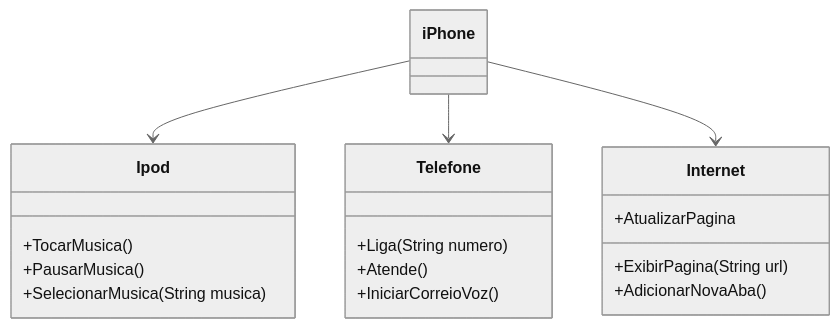
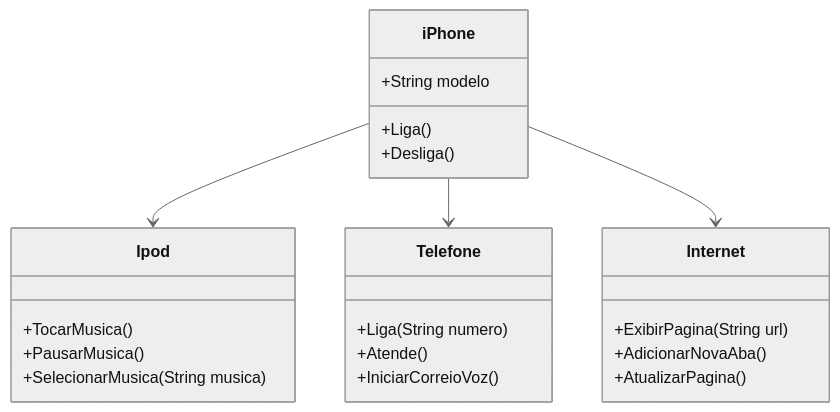
The diagram in README.md (RonanRS/dio-trilha-java-oop), drawn with Mermaid (neutral theme) before and after one commit.

````diff
--- a/README.md
+++ b/README.md
@@ -61,27 +61,30 @@
 ```mermaid
 classDiagram
     class Ipod {
         +TocarMusica()
         +PausarMusica()
         +SelecionarMusica(String musica)
     }
 
     class Telefone {
         +Liga(String numero)
         +Atende()
         +IniciarCorreioVoz()
     }
 
     class Internet {
         +ExibirPagina(String url)
         +AdicionarNovaAba()
-        +AtualizarPagina
+        +AtualizarPagina()
     }
 
     class iPhone {
+        +String modelo
+        +Liga()
+        +Desliga()
     }
 
     iPhone --> Ipod
     iPhone --> Telefone
     iPhone --> Internet
 ```
````
